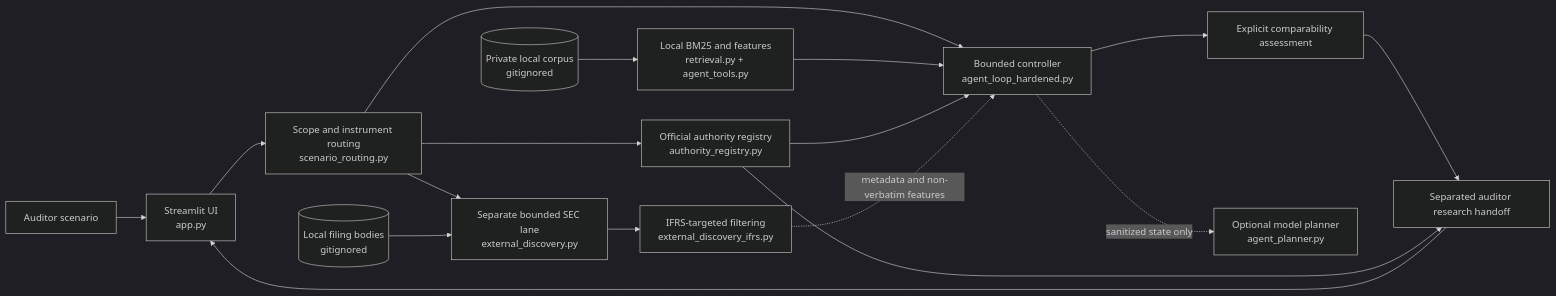
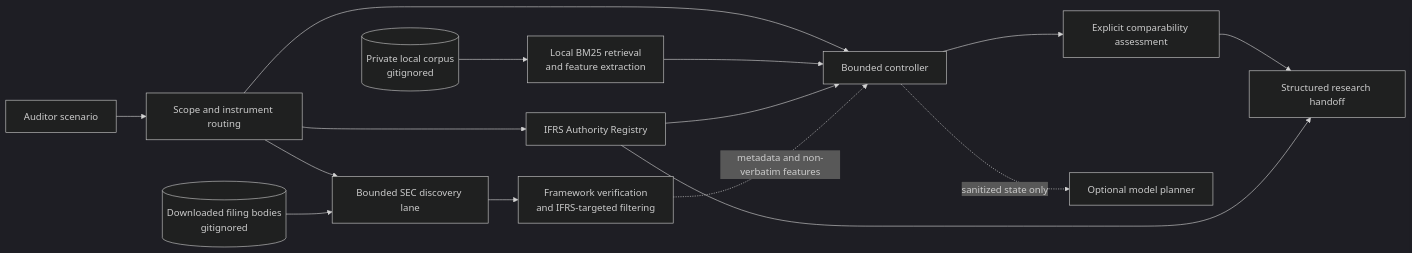
One commit to shypumpkinwitch/ifrs9-agentic-prototype-v01 changed the diagram in README.md. Above: the diagram before and after it, drawn with Mermaid (dark theme). The commit also changed other lines of this file, not shown here.

````diff
--- a/README.md
+++ b/README.md
@@ -32,19 +36,17 @@
 ```mermaid
 flowchart LR
-    U[Auditor scenario] --> UI[Streamlit UI\napp.py]
-    UI --> R[Scope and instrument routing\nscenario_routing.py]
-    R --> A[Official authority registry\nauthority_registry.py]
-    R --> C[Bounded controller\nagent_loop_hardened.py]
-    P[(Private local corpus\ngitignored)] --> L[Local BM25 and features\nretrieval.py + agent_tools.py]
-    L --> C
+    U[Auditor scenario] --> R[Scope and instrument routing]
+    R --> A[IFRS Authority Registry]
+    R --> C[Bounded controller]
+    P[(Private local corpus\ngitignored)] --> B[Local BM25 retrieval\nand feature extraction]
+    B --> C
     A --> C
-    C --> X[Explicit comparability assessment]
-    X --> H[Separated auditor research handoff]
+    C --> Q[Explicit comparability assessment]
+    Q --> H[Structured research handoff]
     A --> H
-    H --> UI
-    C -. sanitized state only .-> M[Optional model planner\nagent_planner.py]
-    R --> E[Separate bounded SEC lane\nexternal_discovery.py]
-    E --> I[IFRS-targeted filtering\nexternal_discovery_ifrs.py]
-    I -. metadata and non-verbatim features .-> C
-    F[(Local filing bodies\ngitignored)] --> E
+    C -. sanitized state only .-> M[Optional model planner]
+    R --> E[Bounded SEC discovery lane]
+    E --> F[Framework verification\nand IFRS-targeted filtering]
+    F -. metadata and non-verbatim features .-> C
+    X[(Downloaded filing bodies\ngitignored)] --> E
 ```
````
